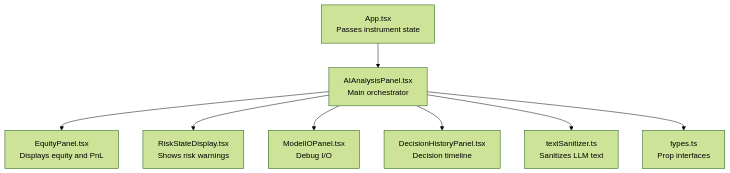
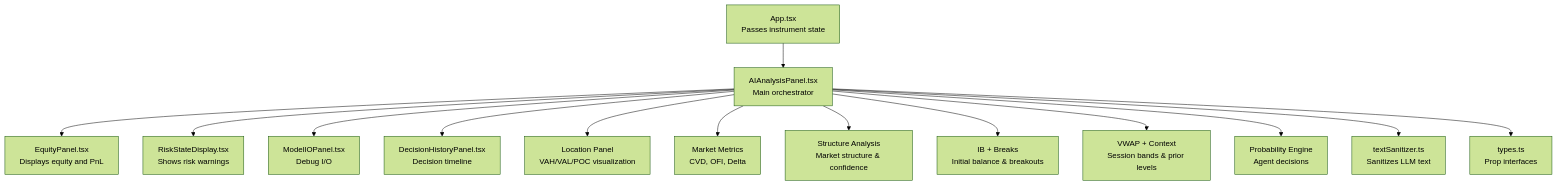
Before and after one commit to gemrajkhatry-maker/v5-of-glassytrade-ai: the first of 3 diagrams in .qoder/repowiki/en/content/Frontend Application/React Components/AI Analysis Panels/AI Analysis Panel Core.md, drawn with Mermaid (forest theme). The commit also changed other lines of this file and 930 other files, not shown here.

````diff
--- a/.qoder/repowiki/en/content/Frontend Application/React Components/AI Analysis Panels/AI Analysis Panel Core.md
+++ b/.qoder/repowiki/en/content/Frontend Application/React Components/AI Analysis Panels/AI Analysis Panel Core.md
@@ -36,10 +49,16 @@
 ```mermaid
 graph TB
 App["App.tsx<br/>Passes instrument state"] --> AI["AIAnalysisPanel.tsx<br/>Main orchestrator"]
 AI --> EP["EquityPanel.tsx<br/>Displays equity and PnL"]
 AI --> RSD["RiskStateDisplay.tsx<br/>Shows risk warnings"]
 AI --> MIO["ModelIOPanel.tsx<br/>Debug I/O"]
 AI --> DHP["DecisionHistoryPanel.tsx<br/>Decision timeline"]
+AI --> LOC["Location Panel<br/>VAH/VAL/POC visualization"]
+AI --> MET["Market Metrics<br/>CVD, OFI, Delta"]
+AI --> STR["Structure Analysis<br/>Market structure & confidence"]
+AI --> IB["IB + Breaks<br/>Initial balance & breakouts"]
+AI --> VWAP["VWAP + Context<br/>Session bands & prior levels"]
+AI --> PROB["Probability Engine<br/>Agent decisions"]
 AI --> TS["textSanitizer.ts<br/>Sanitizes LLM text"]
 AI --> T["types.ts<br/>Prop interfaces"]
 ```
````
